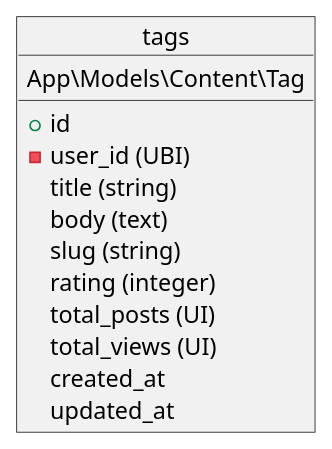
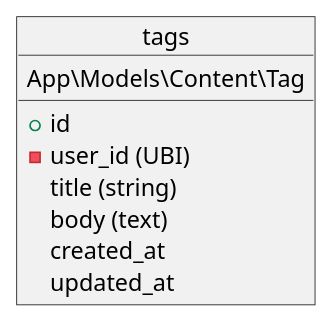
One commit to fesh-biz/7dab changed the diagram in info/database/tables/content/tags.puml. Above: the diagram before and after it, drawn with PlantUML. The commit also changed 8 other files, not shown here.

Commit message:
Rating system uml

```diff
--- a/info/database/tables/content/tags.puml
+++ b/info/database/tables/content/tags.puml
@@ -1,18 +1,14 @@
 @startuml
 object tags {
     App\Models\Content\Tag
     __
     + id
     - user_id (UBI)
 
     title (string)
     body (text)
-    slug (string)
-    rating (integer)
-    total_posts (UI)
-    total_views (UI)
 
     created_at
     updated_at
 }
 @enduml
```
